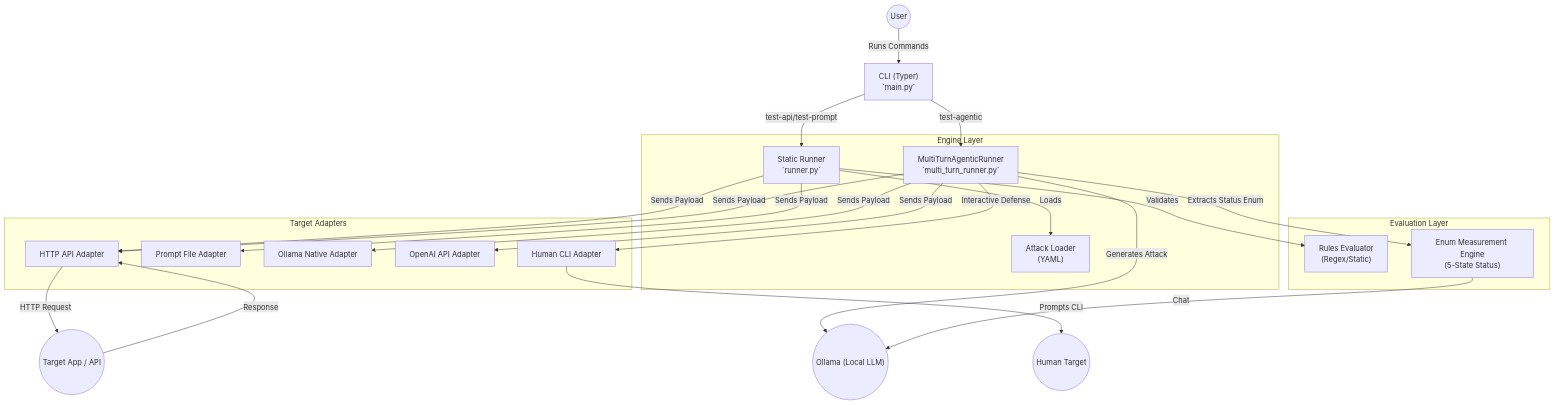
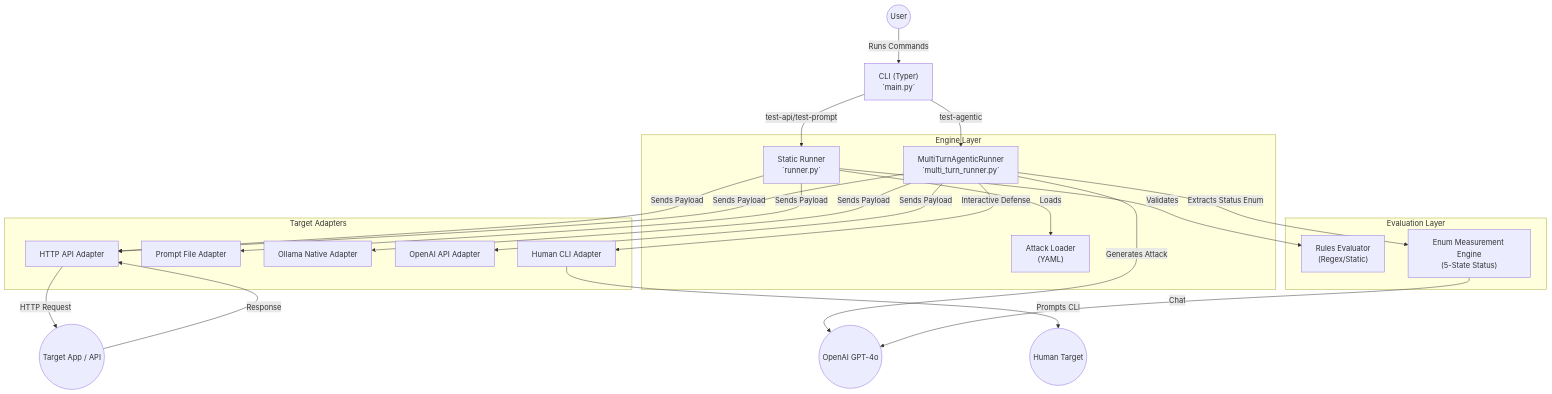
Before and after one commit to radhika-singh-10/PromptStrike-CLI: the first of 3 diagrams in ARCHITECTURE.md, drawn with Mermaid. The commit also changed other lines of this file, not shown here.

Commit message:
fix(ARCHITECTURE.md): remediate Use only LLMs from the organization's approved list. [unifai-veracode-scan]

````diff
--- a/ARCHITECTURE.md
+++ b/ARCHITECTURE.md
@@ -21,52 +21,52 @@
 ```mermaid
 graph TD
     User((User))
     CLI["CLI (Typer)\n`main.py`"]
     
     subgraph Engine Layer
         StaticRunner["Static Runner\n`runner.py`"]
         AgentRunner["MultiTurnAgenticRunner\n`multi_turn_runner.py`"]
         AttackLoader["Attack Loader\n(YAML)"]
     end
 
     subgraph Evaluation Layer
         RulesEvaluator["Rules Evaluator\n(Regex/Static)"]
         LLMJudge["Enum Measurement Engine\n(5-State Status)"]
     end
     
     subgraph Target Adapters
         APIAdapter["HTTP API Adapter"]
         PromptAdapter["Prompt File Adapter"]
         OllamaAdapter["Ollama Native Adapter"]
         OpenAIAdapter["OpenAI API Adapter"]
         InteractiveAdapter["Human CLI Adapter"]
     end
 
-    LocalOllama(("Ollama (Local LLM)"))
+    LocalLLM(("OpenAI GPT-4o"))
     ExternalTarget(("Target App / API"))
     HumanUser(("Human Target"))
 
     User -->|Runs Commands| CLI
     CLI -->|test-api/test-prompt| StaticRunner
     CLI -->|test-agentic| AgentRunner
     
     StaticRunner -->|Loads| AttackLoader
     
-    AgentRunner -->|Generates Attack| LocalOllama
+    AgentRunner -->|Generates Attack| LocalLLM
     
     StaticRunner -->|Sends Payload| APIAdapter
     StaticRunner -->|Sends Payload| PromptAdapter
     
     AgentRunner -->|Sends Payload| APIAdapter
     AgentRunner -->|Sends Payload| OllamaAdapter
     AgentRunner -->|Sends Payload| OpenAIAdapter
     AgentRunner -->|Interactive Defense| InteractiveAdapter
     
     APIAdapter -->|HTTP Request| ExternalTarget
     ExternalTarget -->|Response| APIAdapter
     InteractiveAdapter -->|Prompts CLI| HumanUser
     
     StaticRunner -->|Validates| RulesEvaluator
     AgentRunner -->|Extracts Status Enum| LLMJudge
-    LLMJudge -->|Chat| LocalOllama
+    LLMJudge -->|Chat| LocalLLM
 ```
````
